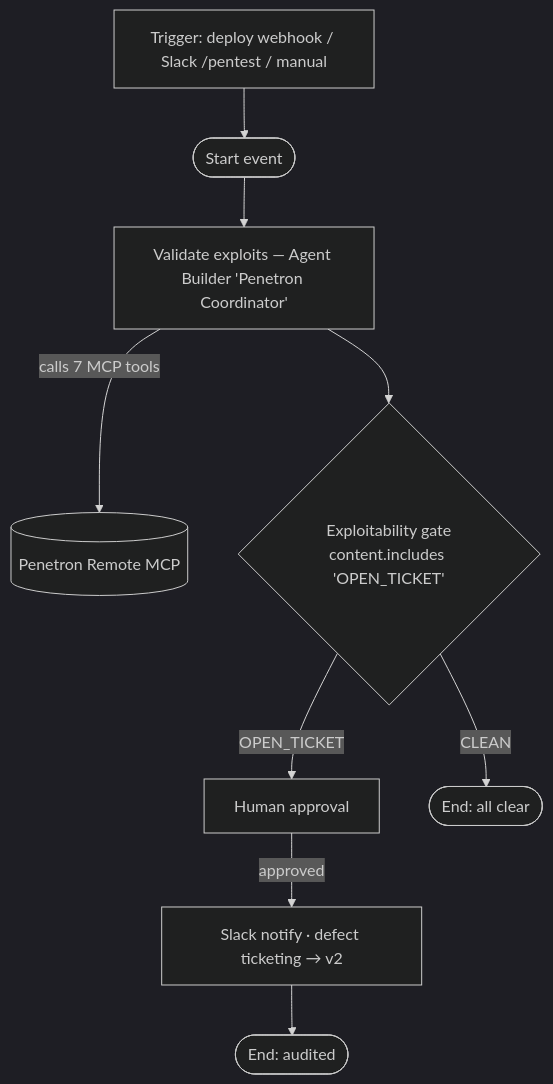
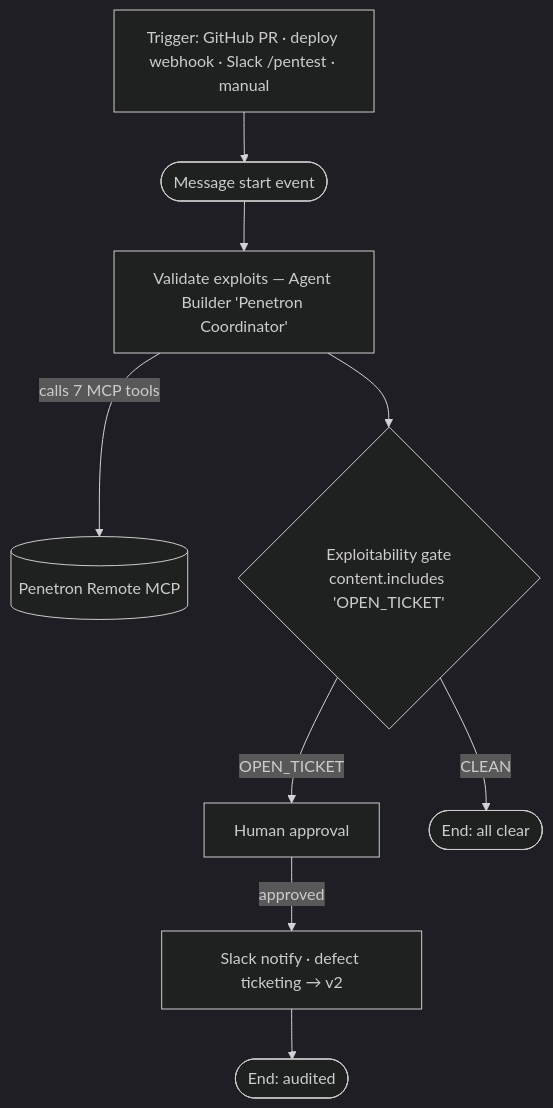
The first of 2 diagrams in docs/architecture.md (kryo-o/penetron), drawn with Mermaid (dark theme) before and after one commit. The commit also changed 8 other files, not shown here.

````diff
--- a/docs/architecture.md
+++ b/docs/architecture.md
@@ -9,11 +9,11 @@
 ```mermaid
 flowchart TD
-    T[Trigger: deploy webhook / Slack /pentest / manual] --> S([Start event])
+    T[Trigger: GitHub PR · deploy webhook · Slack /pentest · manual] --> S([Message start event])
     S --> L2[Validate exploits — Agent Builder 'Penetron Coordinator']
     L2 -->|calls 7 MCP tools| MCP[(Penetron Remote MCP)]
     L2 --> G{Exploitability gate\ncontent.includes 'OPEN_TICKET'}
     G -->|OPEN_TICKET| A[Human approval]
     G -->|CLEAN| E1([End: all clear])
     A -->|approved| W[Slack notify · defect ticketing → v2]
     W --> E2([End: audited])
 ```
````
